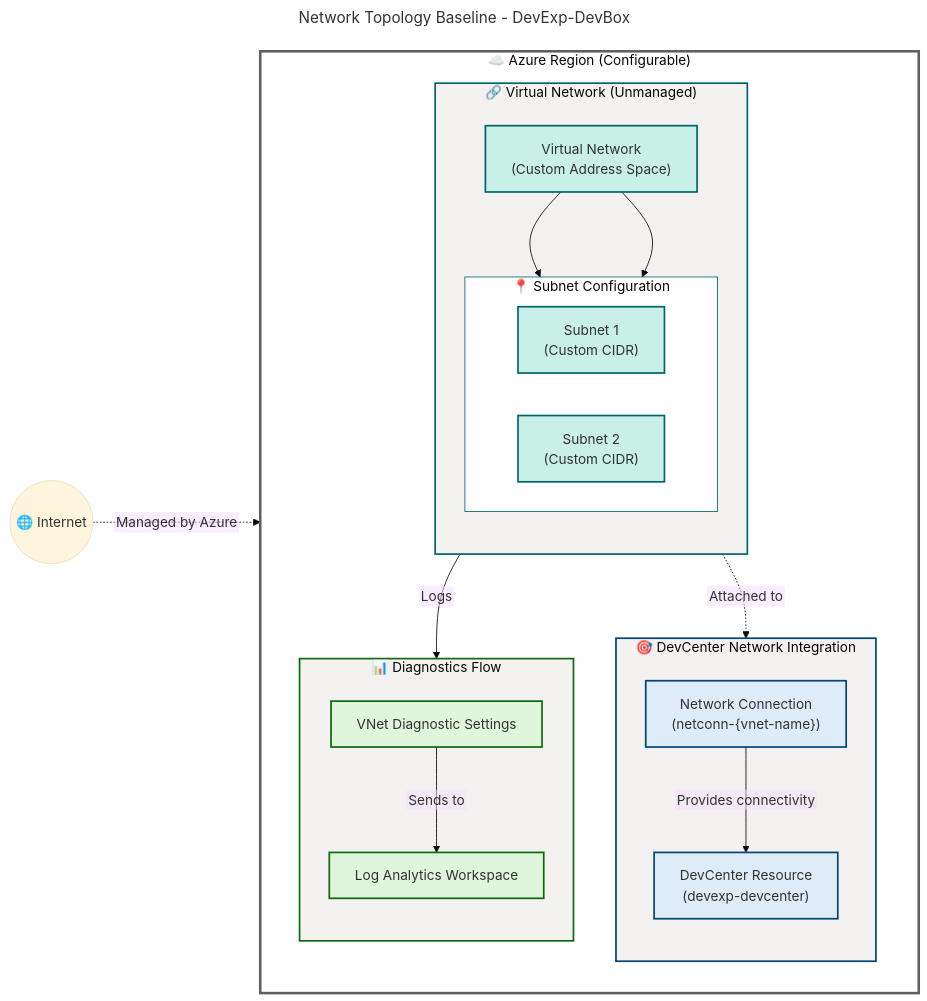
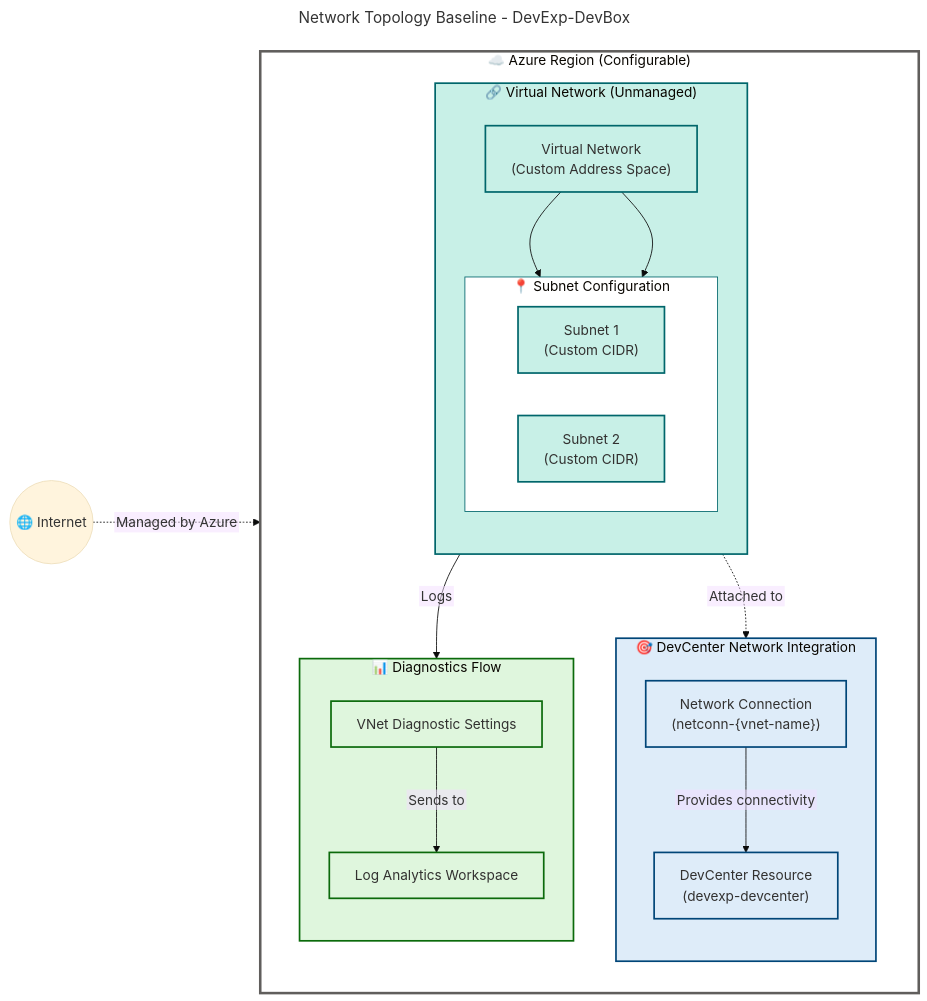
The second of 4 diagrams in docs/architecture/Technology-Architecture.md (Evilazaro/DevExp-DevBox), drawn with Mermaid before and after one commit. The commit also changed other lines of this file and 1 other file, not shown here.

Commit message:
fix: update flowchart colors for semantic clarity in architecture documentation

````diff
--- a/docs/architecture/Technology-Architecture.md
+++ b/docs/architecture/Technology-Architecture.md
@@ -373,9 +374,10 @@
     classDef neutralGrey fill:#F3F2F1,stroke:#605E5C,stroke-width:2px,color:#323130
 
     %% Subgraph styling (5 subgraphs = 5 style directives) - MANDATORY per GATE-2
+    %% CRITICAL: Functional siblings use semantic colors matching content purpose
     style AzureRegion fill:#FFFFFF,stroke:#605E5C,stroke-width:3px
-    style VNetGroup fill:#F3F2F1,stroke:#00666B,stroke-width:2px
+    style VNetGroup fill:#C8F0E7,stroke:#00666B,stroke-width:2px
     style Subnets fill:#FFFFFF,stroke:#00666B,stroke-width:1px
-    style DevCenterNetwork fill:#F3F2F1,stroke:#004578,stroke-width:2px
-    style DiagnosticsFlow fill:#F3F2F1,stroke:#0B6A0B,stroke-width:2px
+    style DevCenterNetwork fill:#DEECF9,stroke:#004578,stroke-width:2px
+    style DiagnosticsFlow fill:#DFF6DD,stroke:#0B6A0B,stroke-width:2px
 ```
````
